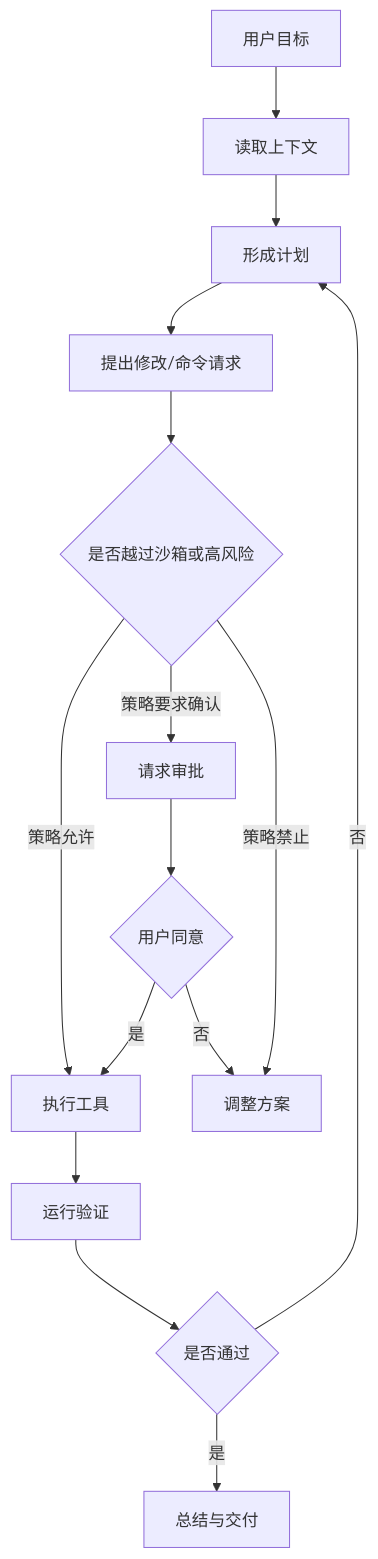
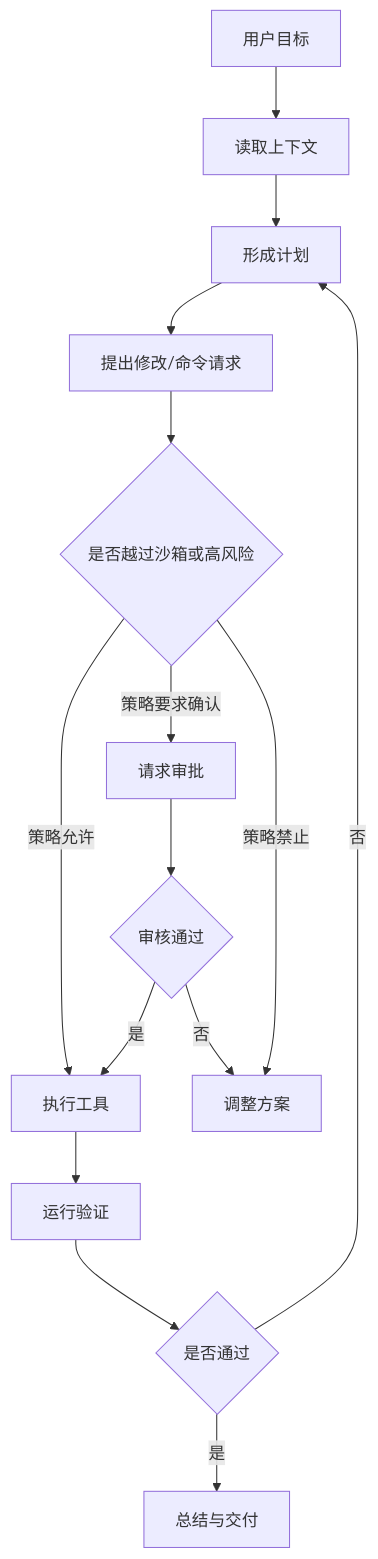
One commit to GuoWWWX/knowledge-base changed the diagram in 10-AI应用开发/09-标杆产品拆解/Codex/03-Codex执行模型-线程-沙箱-审批.md. Above: the diagram before and after it, drawn with Mermaid. The commit also changed other lines of this file and 368 other files, not shown here.

````diff
--- a/10-AI应用开发/09-标杆产品拆解/Codex/03-Codex执行模型-线程-沙箱-审批.md
+++ b/10-AI应用开发/09-标杆产品拆解/Codex/03-Codex执行模型-线程-沙箱-审批.md
@@ -62,17 +56,17 @@
 ```mermaid
 flowchart TD
     A[用户目标] --> B[读取上下文]
     B --> C[形成计划]
     C --> D[提出修改/命令请求]
     D --> E{是否越过沙箱或高风险}
     E -->|策略允许| F[执行工具]
     E -->|策略要求确认| G[请求审批]
     E -->|策略禁止| I[调整方案]
-    G --> H{用户同意}
+    G --> H{审核通过}
     H -->|是| F
     H -->|否| I[调整方案]
     F --> J[运行验证]
     J --> K{是否通过}
     K -->|否| C
     K -->|是| L[总结与交付]
 ```
````
